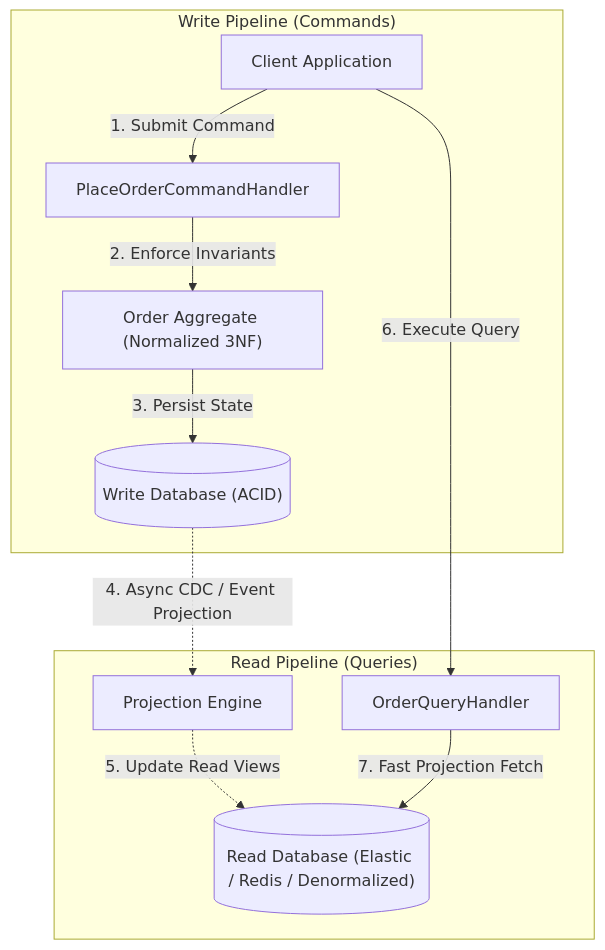
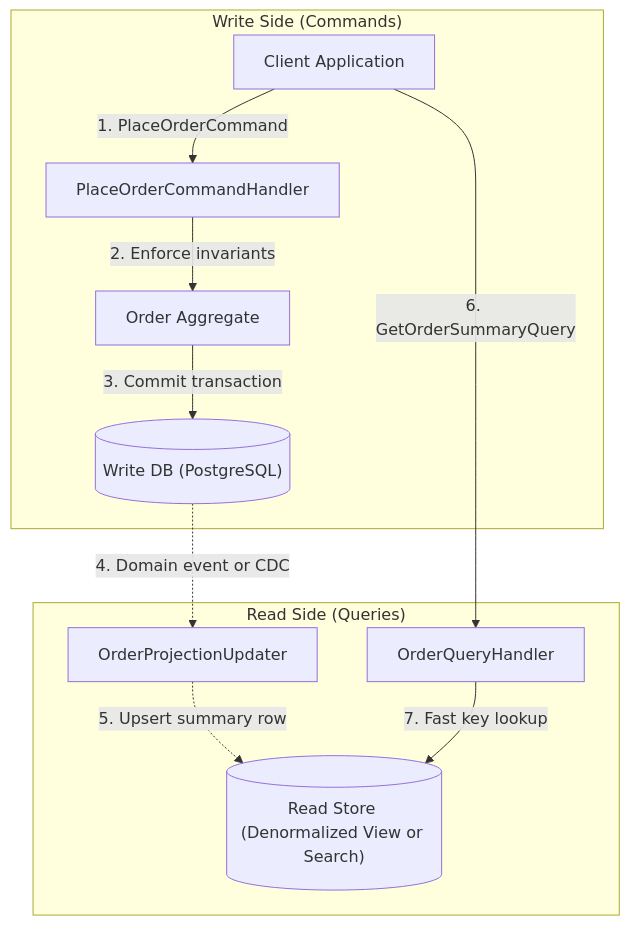
Before and after one commit to ravishankar2463/java_hub: the fourth of 5 diagrams in content/roadmap/level-6/architectural-patterns.md, drawn with Mermaid. The commit also changed other lines of this file and 119 other files, not shown here.

Commit message:
feat: add comprehensive java learning roadmap content across multiple levels

````diff
--- a/content/roadmap/level-6/architectural-patterns.md
+++ b/content/roadmap/level-6/architectural-patterns.md
@@ -301,17 +302,17 @@
 ```mermaid
 flowchart TD
     Client["Client Application"]
-    
-    subgraph "Write Pipeline (Commands)"
-        Client -->|1. Submit Command| CmdHandler["PlaceOrderCommandHandler"]
-        CmdHandler -->|2. Enforce Invariants| WriteModel["Order Aggregate (Normalized 3NF)"]
-        WriteModel -->|3. Persist State| WriteDB[("Write Database (ACID)")]
+
+    subgraph "Write Side (Commands)"
+        Client -->|"1. PlaceOrderCommand"| CmdHandler["PlaceOrderCommandHandler"]
+        CmdHandler -->|"2. Enforce invariants"| WriteModel["Order Aggregate"]
+        WriteModel -->|"3. Commit transaction"| WriteDB[("Write DB (PostgreSQL)")]
     end
 
-    subgraph "Read Pipeline (Queries)"
-        WriteDB -.->|4. Async CDC / Event Projection| Projector["Projection Engine"]
-        Projector -.->|5. Update Read Views| ReadDB[("Read Database (Elastic / Redis / Denormalized)")]
-        Client -->|6. Execute Query| QueryHandler["OrderQueryHandler"]
-        QueryHandler -->|7. Fast Projection Fetch| ReadDB
+    subgraph "Read Side (Queries)"
+        WriteDB -.->|"4. Domain event or CDC"| Projector["OrderProjectionUpdater"]
+        Projector -.->|"5. Upsert summary row"| ReadDB[("Read Store (Denormalized View or Search)")]
+        Client -->|"6. GetOrderSummaryQuery"| QueryHandler["OrderQueryHandler"]
+        QueryHandler -->|"7. Fast key lookup"| ReadDB
     end
 ```
````
